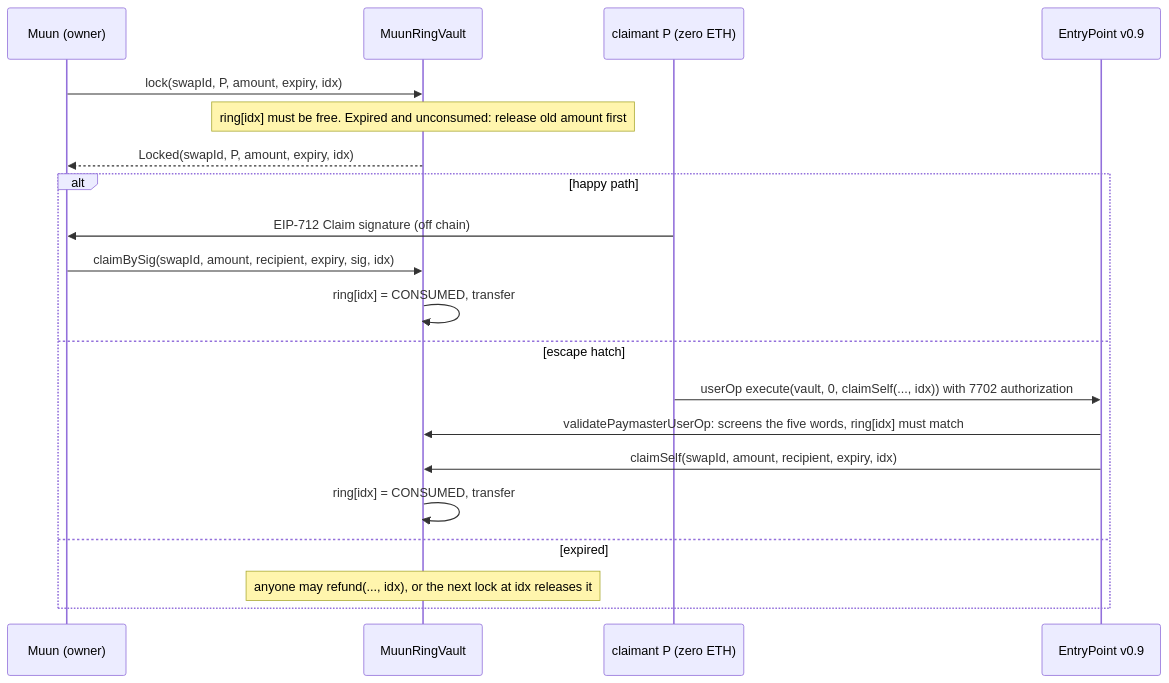
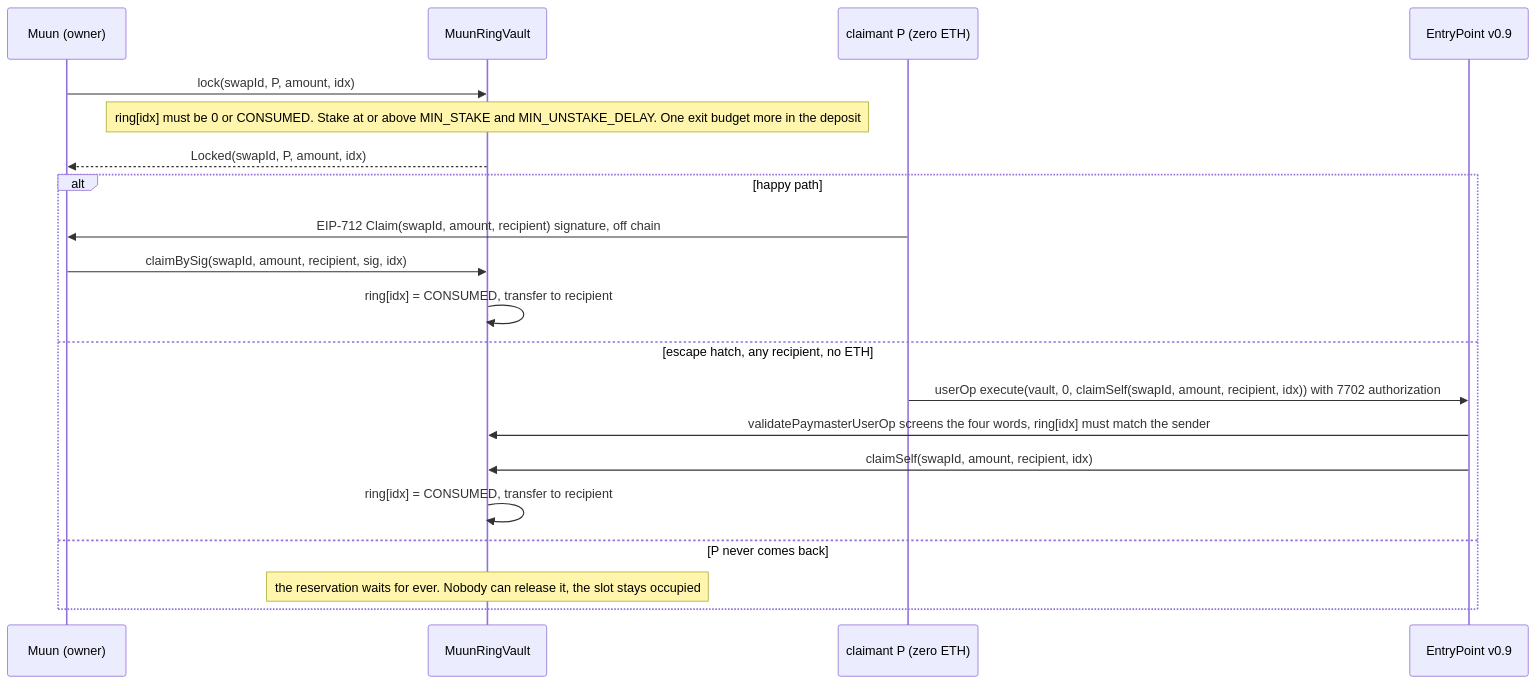
Before and after one commit to herman-muun/bridge-ring-vault: the second of 2 diagrams in docs/design.md, drawn with Mermaid. The commit also changed other lines of this file and 13 other files, not shown here.

````diff
--- a/docs/design.md
+++ b/docs/design.md
@@ -47,22 +55,22 @@
 ```mermaid
 sequenceDiagram
   participant M as Muun (owner)
   participant V as MuunRingVault
   participant P as claimant P (zero ETH)
   participant E as EntryPoint v0.9
-  M->>V: lock(swapId, P, amount, expiry, idx)
-  Note over V: ring[idx] must be free. Expired and unconsumed: release old amount first
-  V-->>M: Locked(swapId, P, amount, expiry, idx)
+  M->>V: lock(swapId, P, amount, idx)
+  Note over V: ring[idx] must be 0 or CONSUMED. Stake at or above MIN_STAKE and MIN_UNSTAKE_DELAY. One exit budget more in the deposit
+  V-->>M: Locked(swapId, P, amount, idx)
   alt happy path
-    P->>M: EIP-712 Claim signature (off chain)
-    M->>V: claimBySig(swapId, amount, recipient, expiry, sig, idx)
-    V->>V: ring[idx] = CONSUMED, transfer
-  else escape hatch
-    P->>E: userOp execute(vault, 0, claimSelf(..., idx)) with 7702 authorization
-    E->>V: validatePaymasterUserOp: screens the five words, ring[idx] must match
-    E->>V: claimSelf(swapId, amount, recipient, expiry, idx)
-    V->>V: ring[idx] = CONSUMED, transfer
-  else expired
-    Note over V: anyone may refund(..., idx), or the next lock at idx releases it
+    P->>M: EIP-712 Claim(swapId, amount, recipient) signature, off chain
+    M->>V: claimBySig(swapId, amount, recipient, sig, idx)
+    V->>V: ring[idx] = CONSUMED, transfer to recipient
+  else escape hatch, any recipient, no ETH
+    P->>E: userOp execute(vault, 0, claimSelf(swapId, amount, recipient, idx)) with 7702 authorization
+    E->>V: validatePaymasterUserOp screens the four words, ring[idx] must match the sender
+    E->>V: claimSelf(swapId, amount, recipient, idx)
+    V->>V: ring[idx] = CONSUMED, transfer to recipient
+  else P never comes back
+    Note over V: the reservation waits for ever. Nobody can release it, the slot stays occupied
   end
 ```
````
